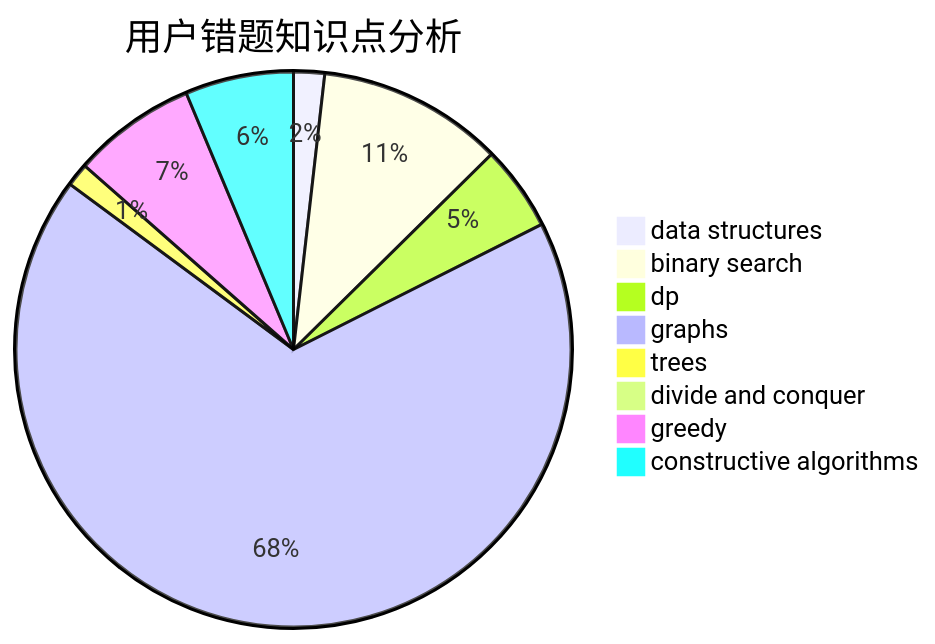
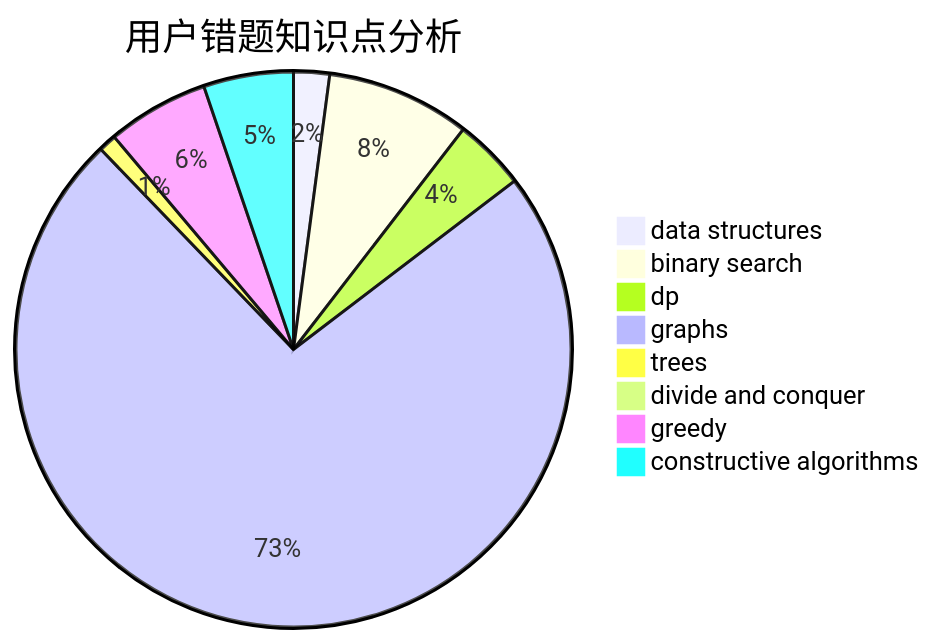
Before and after one commit to sherpahu/cfrs.github.io: the third of 3 diagrams in docs/user/u1928.md, drawn with Mermaid. The commit also changed other lines of this file and 2770 other files, not shown here.

````diff
--- a/docs/user/u1928.md
+++ b/docs/user/u1928.md
@@ -36,11 +36,11 @@
 ```mermaid
 pie title 用户错题知识点分析
-    "data structures" :  4
+    "data structures" :  6
     "binary search" :  24
-    "dp" :  11
-    "graphs" :  150
+    "dp" :  12
+    "graphs" :  210
     "trees" :  3
-    "divide and conquer" :  0
-    "greedy" :  16
-    "constructive algorithms" :  14
+    "divide and conquer" :  1
+    "greedy" :  17
+    "constructive algorithms" :  15
 ```
````
